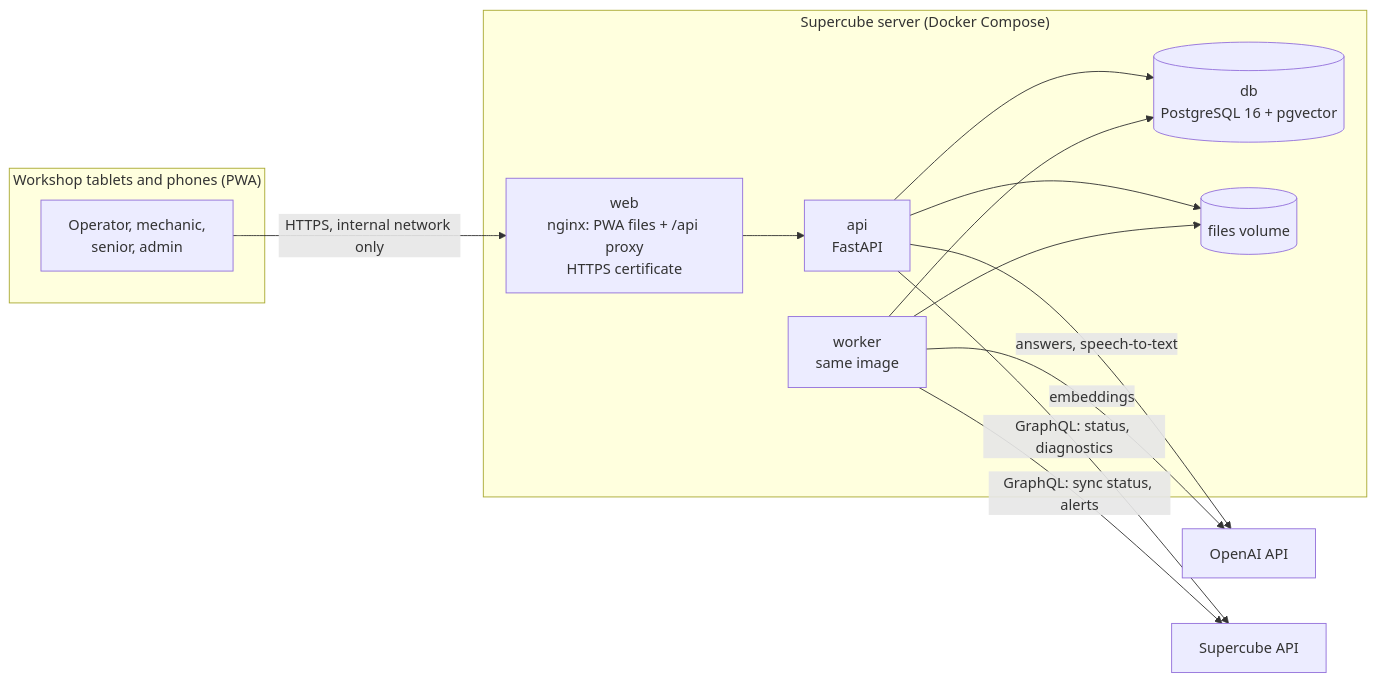
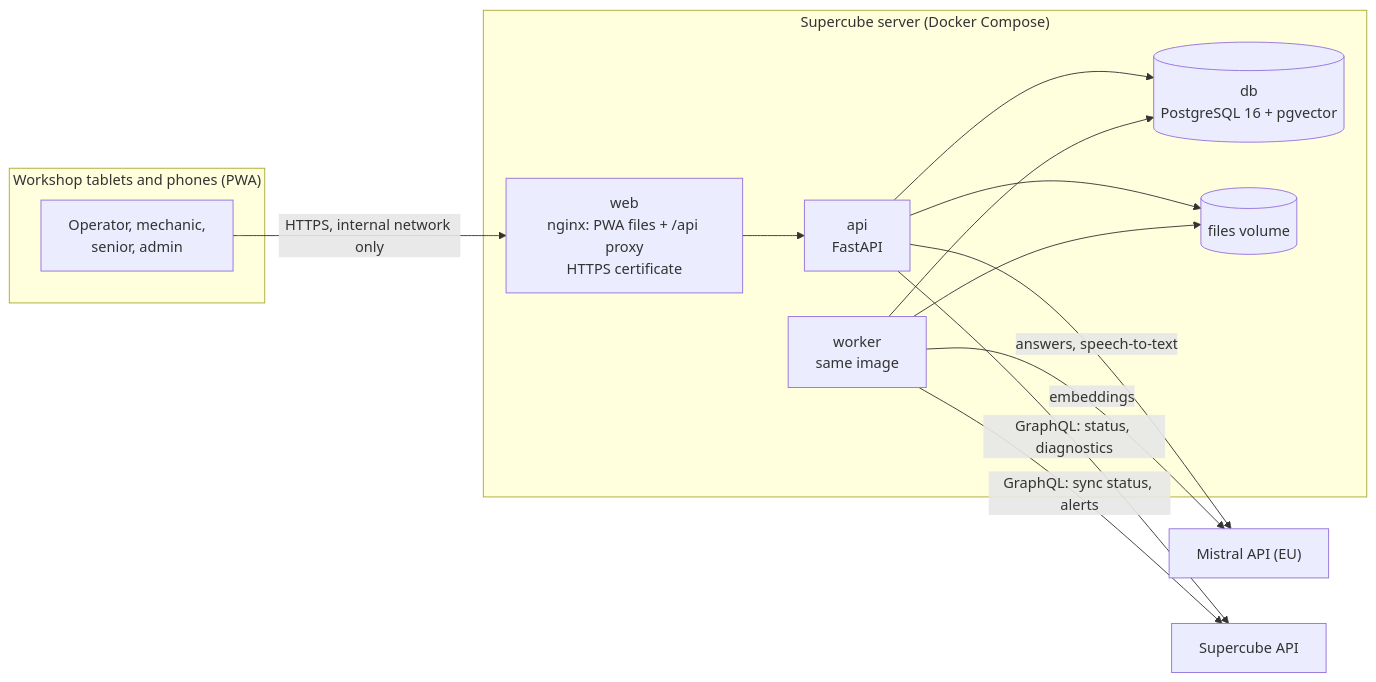
One commit to senneclauwaert/MechAI_Docs changed the diagram in 03 Architecture/Architecture.md. Above: the diagram before and after it, drawn with Mermaid. The commit also changed other lines of this file and 34 other files, not shown here.

````diff
--- a/03 Architecture/Architecture.md
+++ b/03 Architecture/Architecture.md
@@ -31,23 +31,23 @@
 ```mermaid
 flowchart LR
 	subgraph Devices["Workshop tablets and phones (PWA)"]
 		U["Operator, mechanic,<br>senior, admin"]
 	end
 	subgraph Server["Supercube server (Docker Compose)"]
 		WEB["web<br>nginx: PWA files + /api proxy<br>HTTPS certificate"]
 		API["api<br>FastAPI"]
 		W["worker<br>same image"]
 		PG[("db<br>PostgreSQL 16 + pgvector")]
 		VOL[("files volume")]
 	end
 	U -->|"HTTPS, internal network only"| WEB
 	WEB --> API
 	API --> PG
 	W --> PG
 	API --> VOL
 	W --> VOL
-	API -->|"answers, speech-to-text"| OAI["OpenAI API"]
+	API -->|"answers, speech-to-text"| OAI["Mistral API (EU)"]
 	W -->|"embeddings"| OAI
 	API -->|"GraphQL: status, diagnostics"| SC["Supercube API"]
 	W -->|"GraphQL: sync status, alerts"| SC
 ```
````
